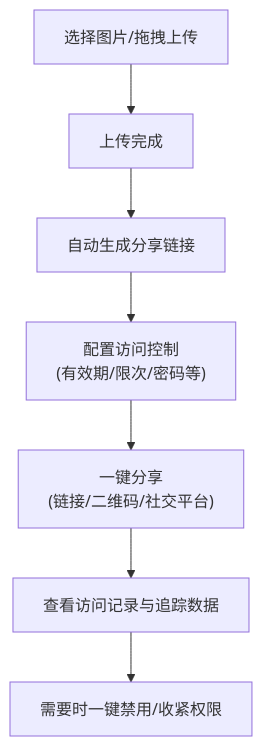
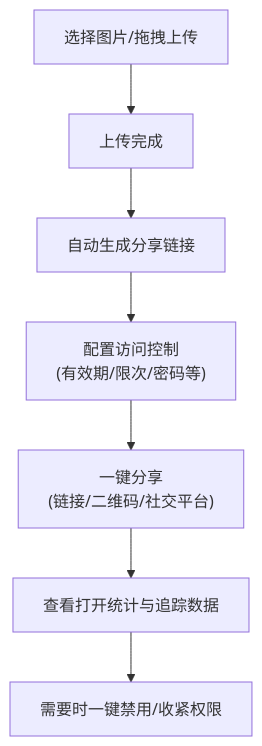
The diagram in src/content/blog/cn/maiimg-image-sharing-workflow-5-steps.md (mythenigma/cloudflareAstro), drawn with Mermaid before and after one commit. The commit also changed other lines of this file and 353 other files, not shown here.

````diff
--- a/src/content/blog/cn/maiimg-image-sharing-workflow-5-steps.md
+++ b/src/content/blog/cn/maiimg-image-sharing-workflow-5-steps.md
@@ -16,9 +16,9 @@
 ```mermaid
 flowchart TD
   A[选择图片/拖拽上传] --> B[上传完成]
   B --> C[自动生成分享链接]
   C --> D["配置访问控制<br/>(有效期/限次/密码等)"]
   D --> E["一键分享<br/>(链接/二维码/社交平台)"]
-  E --> F[查看访问记录与追踪数据]
+  E --> F[查看打开统计与追踪数据]
   F --> G[需要时一键禁用/收紧权限]
 ```
````
